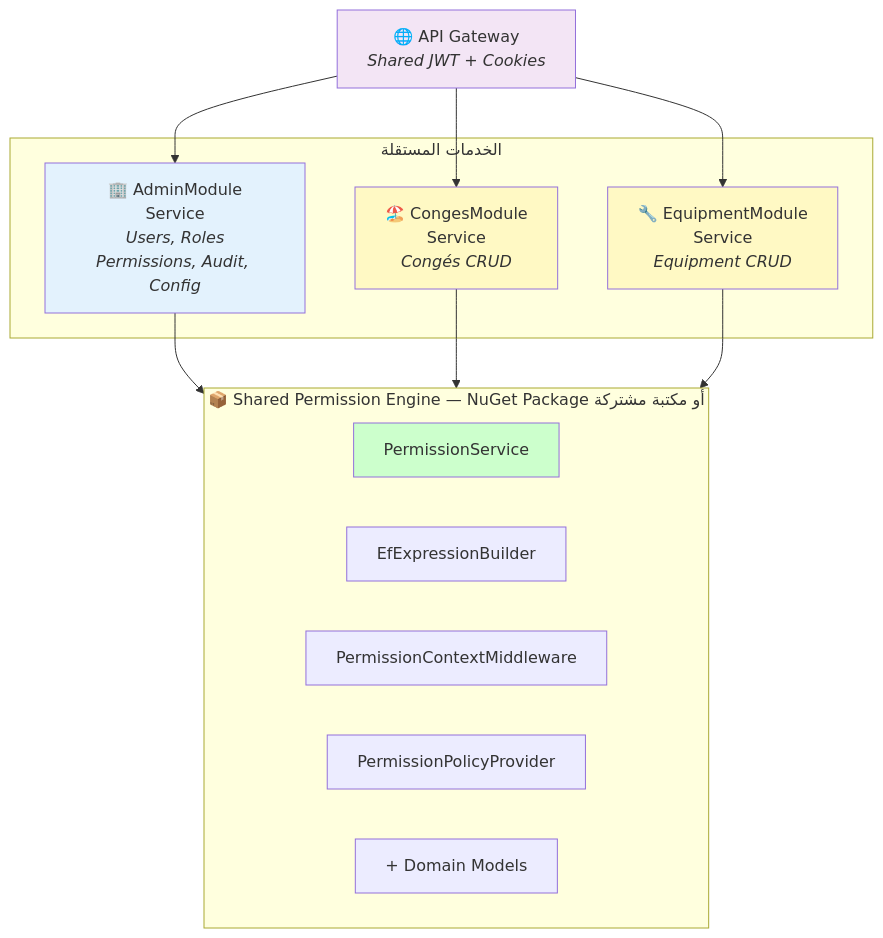
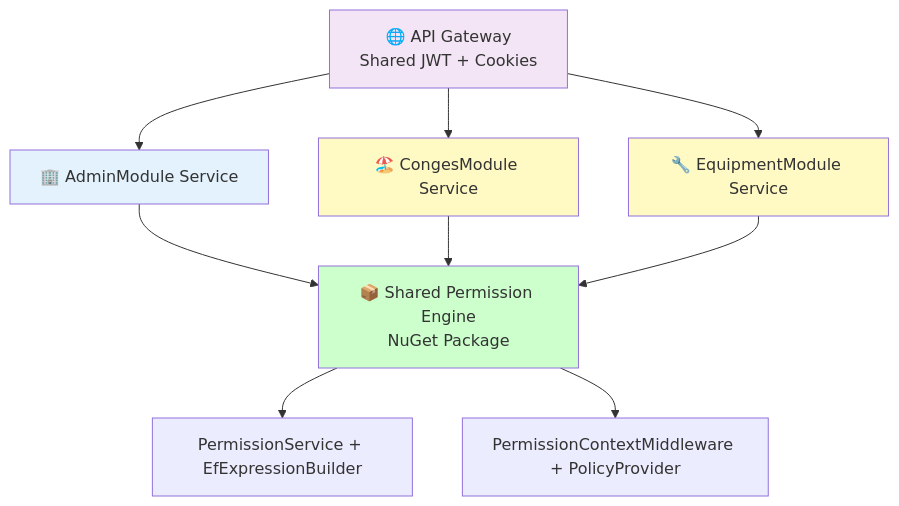
Before and after one commit to salahAbdellaoui/MPresentation: diagram 16 of 22 in README.md, drawn with Mermaid. The commit also changed other lines of this file, not shown here.

````diff
--- a/README.md
+++ b/README.md
@@ -989,31 +986,21 @@
 ```mermaid
 graph TD
-    GW["🌐 API Gateway<br/><i>Shared JWT + Cookies</i>"]
+    GW["🌐 API Gateway<br/>Shared JWT + Cookies"]
 
-    subgraph Services["الخدمات المستقلة"]
-        S1["🏢 AdminModule<br/>Service<br/><i>Users, Roles<br/>Permissions, Audit, Config</i>"]
-        S2["🏖️ CongesModule<br/>Service<br/><i>Congés CRUD</i>"]
-        S3["🔧 EquipmentModule<br/>Service<br/><i>Equipment CRUD</i>"]
-    end
+    GW --> S1["🏢 AdminModule Service"]
+    GW --> S2["🏖️ CongesModule Service"]
+    GW --> S3["🔧 EquipmentModule Service"]
 
-    subgraph Shared["📦 Shared Permission Engine — NuGet Package أو مكتبة مشتركة"]
-        PE1["PermissionService"]
-        PE2["EfExpressionBuilder"]
-        PE3["PermissionContextMiddleware"]
-        PE4["PermissionPolicyProvider"]
-        PE5["+ Domain Models"]
-    end
+    S1 --> PE["📦 Shared Permission Engine<br/>NuGet Package"]
+    S2 --> PE
+    S3 --> PE
 
-    GW --> S1
-    GW --> S2
-    GW --> S3
-    S1 --> Shared
-    S2 --> Shared
-    S3 --> Shared
+    PE --> PE1["PermissionService + EfExpressionBuilder"]
+    PE --> PE2["PermissionContextMiddleware + PolicyProvider"]
 
     style GW fill:#f3e5f5
     style S1 fill:#e3f2fd
     style S2 fill:#fff9c4
     style S3 fill:#fff9c4
-    style PE1 fill:#ccffcc
+    style PE fill:#ccffcc
 ```
````
